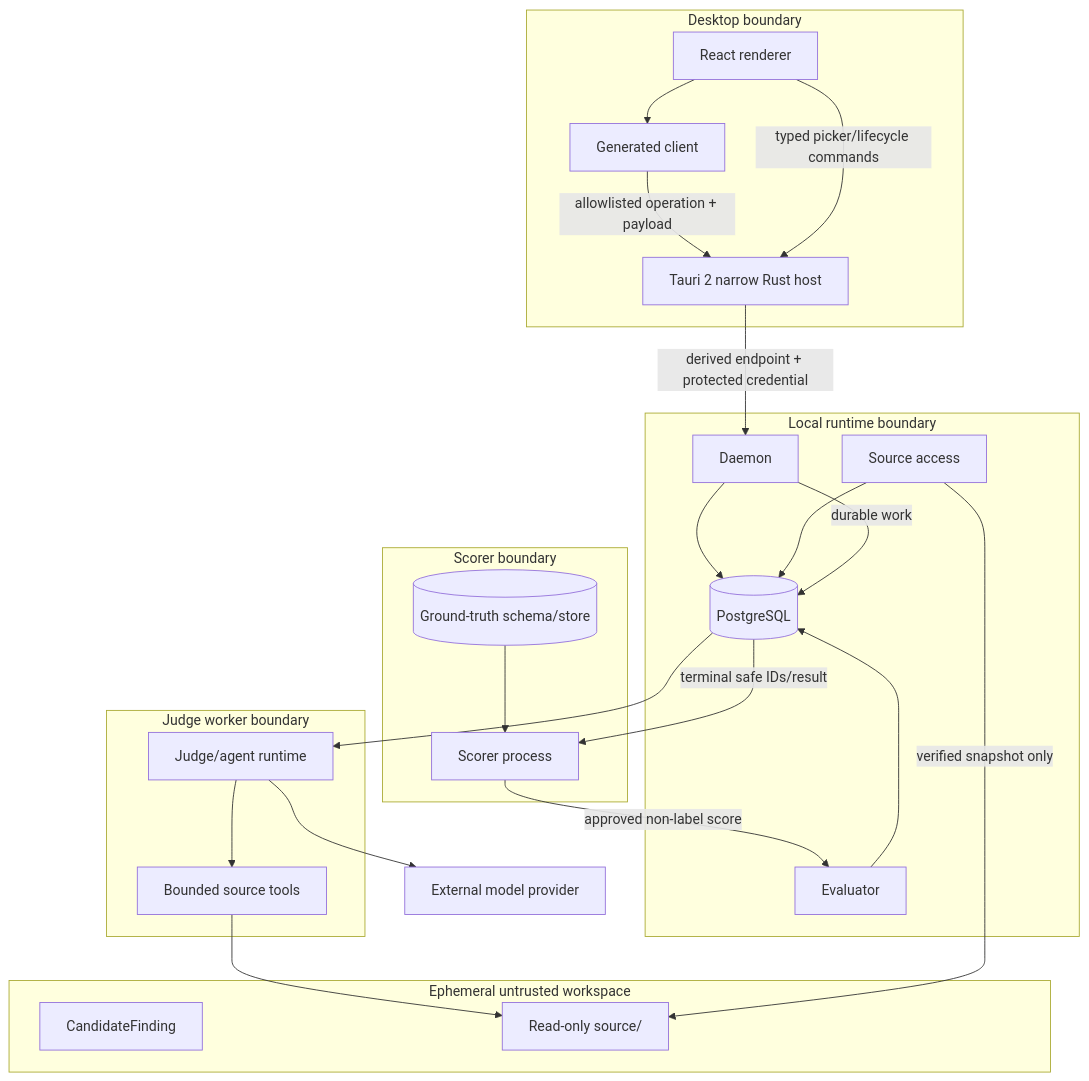
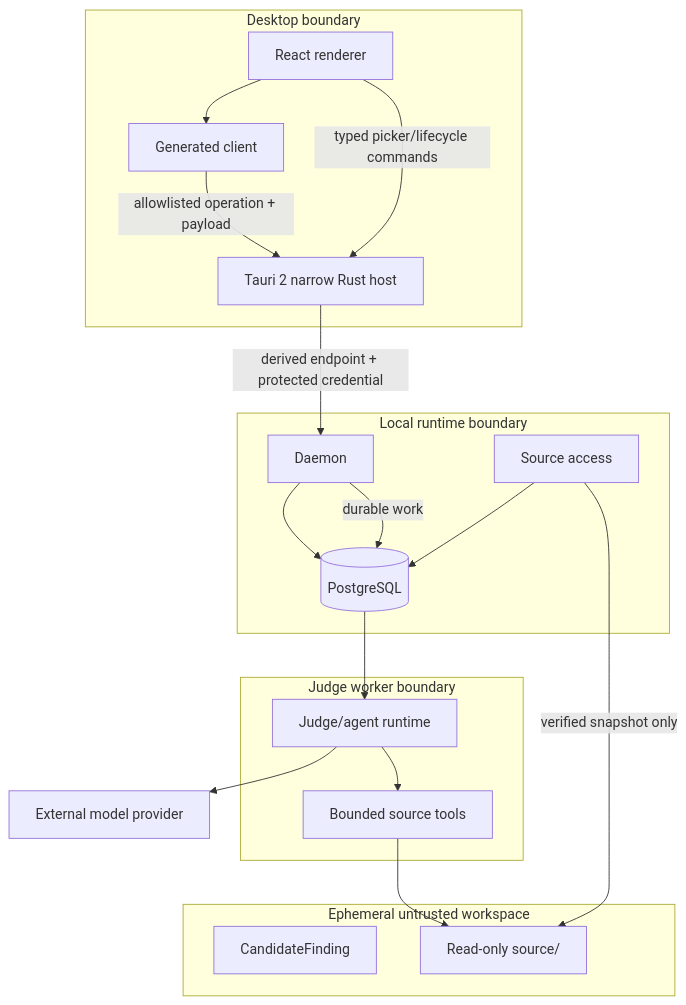
Before and after one commit to DATN-K23/harness: the third of 4 diagrams in blueprint/architecture/system-overview.md, drawn with Mermaid. The commit also changed other lines of this file and 7 other files, not shown here.

Commit message:
docs(blueprint): update blueprint files to reflect new monorepo architecture

````diff
--- a/blueprint/architecture/system-overview.md
+++ b/blueprint/architecture/system-overview.md
@@ -158,41 +138,32 @@
 ```mermaid
 flowchart TB
   subgraph D[Desktop boundary]
     SHELL[Tauri 2 narrow Rust host]
     UI[React renderer]
     CLIENT[Generated client]
     UI --> CLIENT -->|allowlisted operation + payload| SHELL
     UI -->|typed picker/lifecycle commands| SHELL
   end
   subgraph L[Local runtime boundary]
     DAEMON[Daemon]
     DB[(PostgreSQL)]
     REG[Source access]
-    EVAL[Evaluator]
     DAEMON --> DB
     REG --> DB
-    EVAL --> DB
   end
   subgraph W[Judge worker boundary]
     ORCH[Judge/agent runtime]
     TOOLS[Bounded source tools]
-  end
-  subgraph S[Scorer boundary]
-    SCORER[Scorer process]
-    GT[(Ground-truth schema/store)]
-    GT --> SCORER
   end
   subgraph X[Ephemeral untrusted workspace]
     FINDING[CandidateFinding]
     SRC[Read-only source/]
   end
   PROVIDER[External model provider]
   SHELL -->|derived endpoint + protected credential| DAEMON
   DAEMON -->|durable work| DB
   DB --> ORCH
   ORCH --> PROVIDER
   ORCH --> TOOLS --> SRC
   REG -->|verified snapshot only| SRC
-  DB -->|terminal safe IDs/result| SCORER
-  SCORER -->|approved non-label score| EVAL
 ```
````
